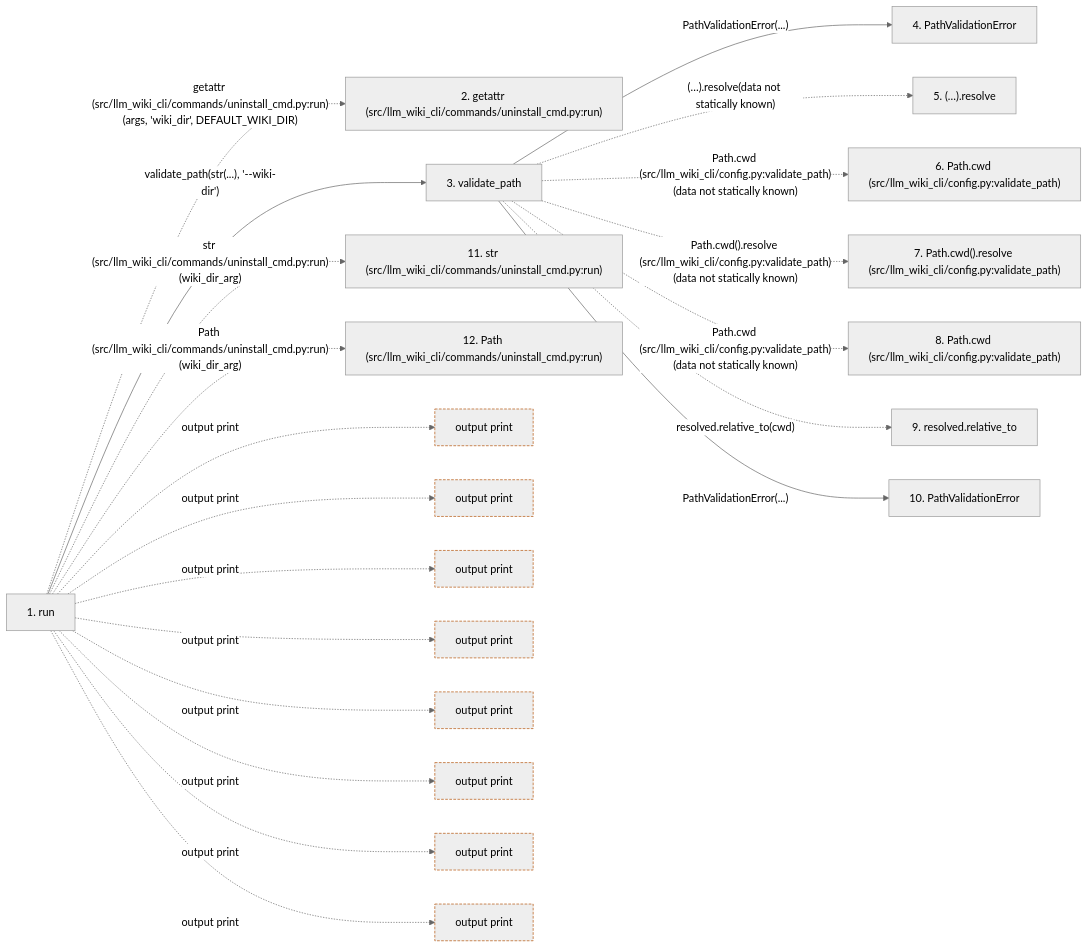
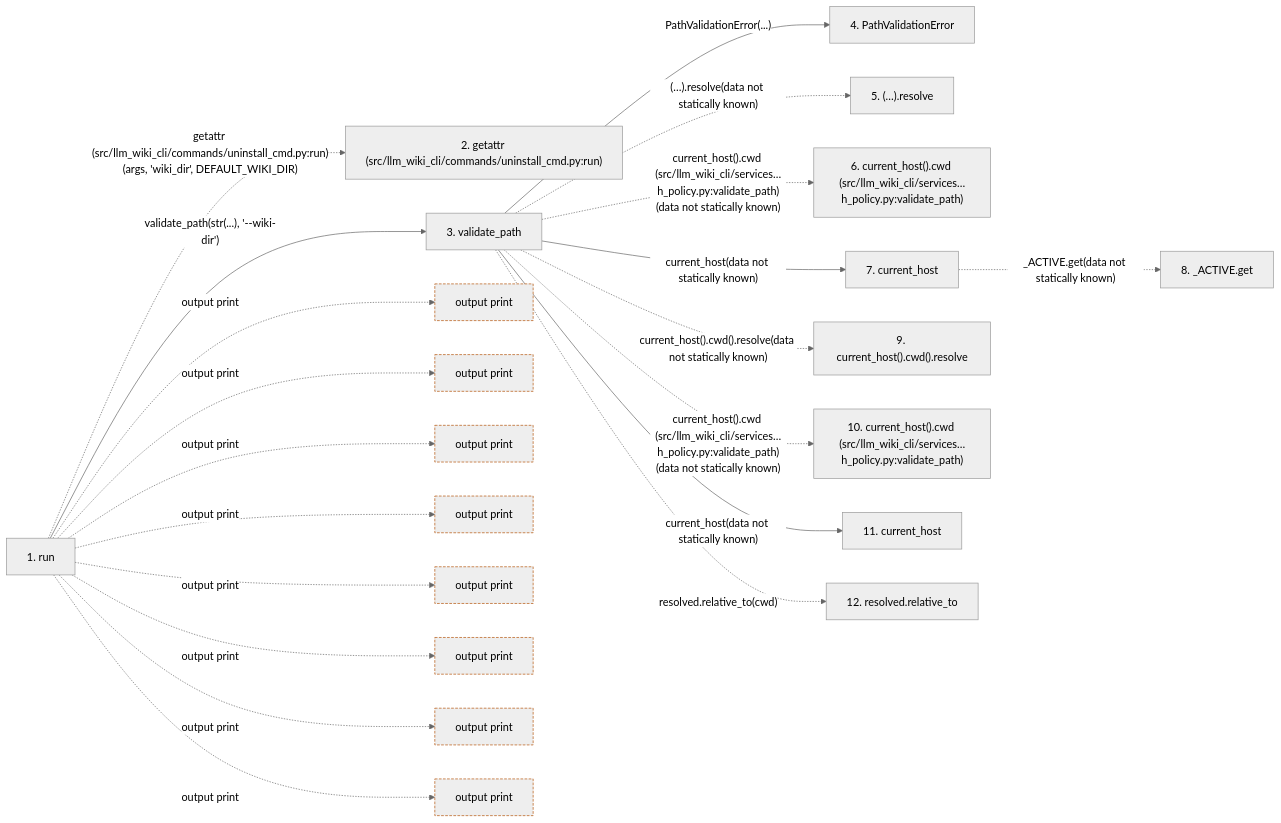
The second of 2 diagrams in docs/llm_wiki/flows/cli-uninstall.md (Denissvgn/python-wiki-llm), drawn with Mermaid (neutral theme) before and after one commit. The commit also changed other lines of this file and 1555 other files, not shown here.

````diff
--- a/docs/llm_wiki/flows/cli-uninstall.md
+++ b/docs/llm_wiki/flows/cli-uninstall.md
@@ -142,55 +144,56 @@
 ```mermaid
 flowchart LR
     s1["1. run"]
     s2["2. getattr (src/llm_wiki_cli/commands/uninstall_cmd.py:run)"]
     s3["3. validate_path"]
     s4["4. PathValidationError"]
     s5["5. (…).resolve"]
-    s6["6. Path.cwd (src/llm_wiki_cli/config.py:validate_path)"]
-    s7["7. Path.cwd().resolve (src/llm_wiki_cli/config.py:validate_path)"]
-    s8["8. Path.cwd (src/llm_wiki_cli/config.py:validate_path)"]
-    s9["9. resolved.relative_to"]
-    s10["10. PathValidationError"]
-    s11["11. str (src/llm_wiki_cli/commands/uninstall_cmd.py:run)"]
-    s12["12. Path (src/llm_wiki_cli/commands/uninstall_cmd.py:run)"]
+    s6["6. current_host().cwd (src/llm_wiki_cli/services…h_policy.py:validate_path)"]
+    s7["7. current_host"]
+    s8["8. _ACTIVE.get"]
+    s9["9. current_host().cwd().resolve"]
+    s10["10. current_host().cwd (src/llm_wiki_cli/services…h_policy.py:validate_path)"]
+    s11["11. current_host"]
+    s12["12. resolved.relative_to"]
     s1 -. "getattr (src/llm_wiki_cli/commands/uninstall_cmd.py:run)(args, 'wiki_dir', DEFAULT_WIKI_DIR)" .-> s2
     s1 -->|"validate_path(str(...), '--wiki-dir')"| s3
     s3 -->|"PathValidationError(...)"| s4
     s3 -. "(…).resolve(data not statically known)" .-> s5
-    s3 -. "Path.cwd (src/llm_wiki_cli/config.py:validate_path)(data not statically known)" .-> s6
-    s3 -. "Path.cwd().resolve (src/llm_wiki_cli/config.py:validate_path)(data not statically known)" .-> s7
-    s3 -. "Path.cwd (src/llm_wiki_cli/config.py:validate_path)(data not statically known)" .-> s8
-    s3 -. "resolved.relative_to(cwd)" .-> s9
-    s3 -->|"PathValidationError(...)"| s10
-    s1 -. "str (src/llm_wiki_cli/commands/uninstall_cmd.py:run)(wiki_dir_arg)" .-> s11
-    s1 -. "Path (src/llm_wiki_cli/commands/uninstall_cmd.py:run)(wiki_dir_arg)" .-> s12
+    s3 -. "current_host().cwd (src/llm_wiki_cli/services…h_policy.py:validate_path)(data not statically known)" .-> s6
+    s3 -->|"current_host(data not statically known)"| s7
+    s7 -. "_ACTIVE.get(data not statically known)" .-> s8
+    s3 -. "current_host().cwd().resolve(data not statically known)" .-> s9
+    s3 -. "current_host().cwd (src/llm_wiki_cli/services…h_policy.py:validate_path)(data not statically known)" .-> s10
+    s3 -->|"current_host(data not statically known)"| s11
+    s3 -. "resolved.relative_to(cwd)" .-> s12
     b0["output print"]
     s1 -. "output print" .-> b0
     b1["output print"]
     s1 -. "output print" .-> b1
     b2["output print"]
     s1 -. "output print" .-> b2
     b3["output print"]
     s1 -. "output print" .-> b3
     b4["output print"]
     s1 -. "output print" .-> b4
     b5["output print"]
     s1 -. "output print" .-> b5
     b6["output print"]
     s1 -. "output print" .-> b6
     b7["output print"]
     s1 -. "output print" .-> b7
     click s1 "../modules/uninstall_cmd.md"
-    click s3 "../modules/config.md"
-    click s4 "../modules/config.md"
-    click s10 "../modules/config.md"
+    click s3 "../modules/path_policy.md"
+    click s4 "../modules/path_policy.md"
+    click s7 "../modules/host.md"
+    click s11 "../modules/host.md"
     classDef boundary stroke:#b45309,stroke-dasharray: 4 2
     class b0 boundary
     class b1 boundary
     class b2 boundary
     class b3 boundary
     class b4 boundary
     class b5 boundary
     class b6 boundary
     class b7 boundary
 ```
````
